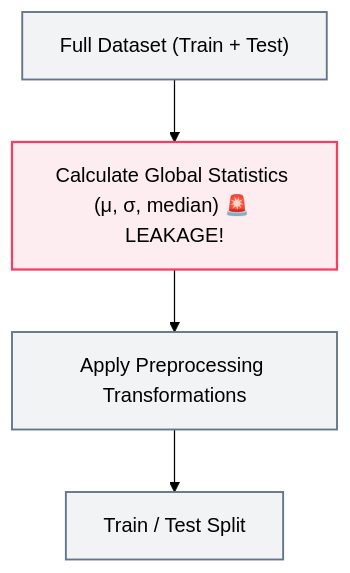
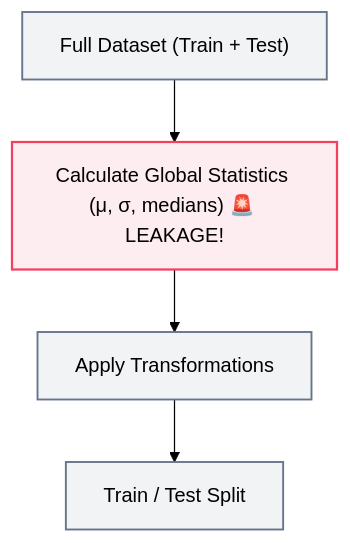
One commit to abhinavbharti2345/CS_Notes changed the third of 6 diagrams in AI & ML/Data Preprocessing/Data Leakage.md. Above: the diagram before and after it, drawn with Mermaid (forest theme). The commit also changed other lines of this file and 23 other files, not shown here.

Commit message:
docs: add AI & ML notes and generate graph visualization

````diff
--- a/AI & ML/Data Preprocessing/Data Leakage.md
+++ b/AI & ML/Data Preprocessing/Data Leakage.md
@@ -59,11 +79,11 @@
 ```mermaid
 flowchart TD
-    D["Full Dataset (Train + Test)"] --> S["Calculate Global Statistics (μ, σ, median) 🚨 LEAKAGE!"]
-    S --> P["Apply Preprocessing Transformations"]
+    D["Full Dataset (Train + Test)"] --> S["Calculate Global Statistics (μ, σ, medians) 🚨 LEAKAGE!"]
+    S --> P["Apply Transformations"]
     P --> T["Train / Test Split"]
     
     classDef danger fill:#f43f5e18,stroke:#f43f5e,stroke-width:1.8px;
     classDef neutral fill:#64748b15,stroke:#64748b,stroke-width:1.5px;
     class D,P,T neutral;
     class S danger;
 ```
````
